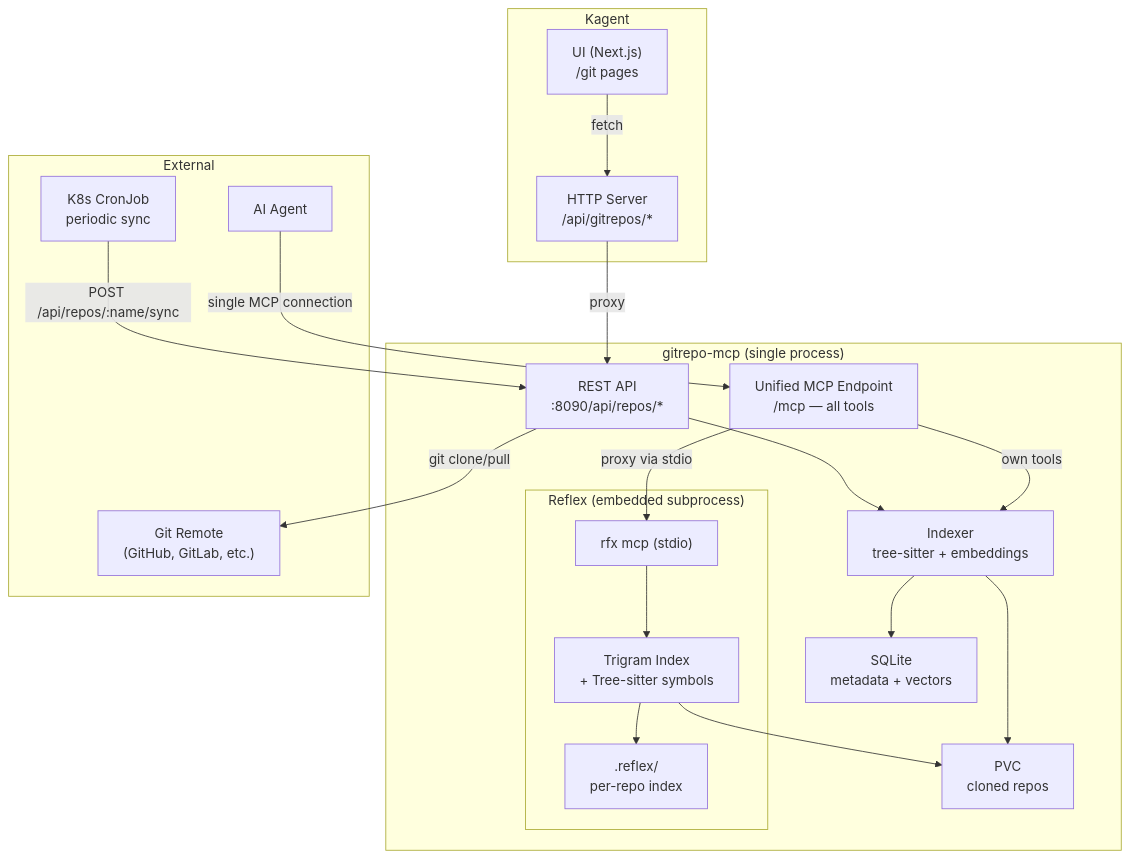
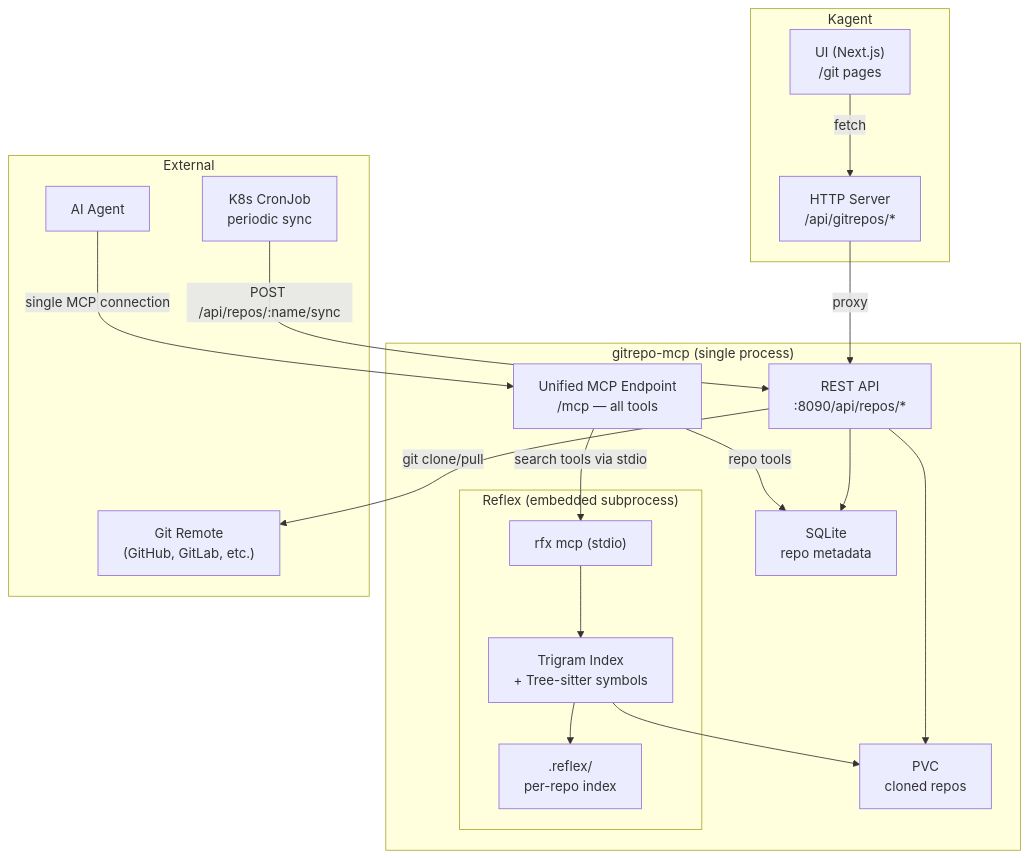
The diagram in specs/git-repos-api-ui/design.md (kagent-dev/kagent), drawn with Mermaid before and after one commit. The commit also changed other lines of this file and 17 other files, not shown here.

Commit message:
- Dynamic plugin routing - fixed kanban - temporal workflow ui - git repo search - rfx - fix cron jobs - dashboard

````diff
--- a/specs/git-repos-api-ui/design.md
+++ b/specs/git-repos-api-ui/design.md
@@ -47,41 +45,39 @@
 ```mermaid
 graph TB
     subgraph "Kagent"
         UI["UI (Next.js)<br/>/git pages"]
         API["HTTP Server<br/>/api/gitrepos/*"]
     end
 
     subgraph "gitrepo-mcp (single process)"
         REST["REST API<br/>:8090/api/repos/*"]
         MCP["Unified MCP Endpoint<br/>/mcp — all tools"]
-        IDX["Indexer<br/>tree-sitter + embeddings"]
-        DB["SQLite<br/>metadata + vectors"]
+        DB["SQLite<br/>repo metadata"]
         PVC["PVC<br/>cloned repos"]
 
         subgraph "Reflex (embedded subprocess)"
             RFXPROC["rfx mcp (stdio)"]
             RFXIDX["Trigram Index<br/>+ Tree-sitter symbols"]
             RFXDB[".reflex/<br/>per-repo index"]
         end
     end
 
     subgraph "External"
         GIT["Git Remote<br/>(GitHub, GitLab, etc.)"]
         CRON["K8s CronJob<br/>periodic sync"]
         AGENT["AI Agent"]
     end
 
     UI -->|fetch| API
     API -->|proxy| REST
     AGENT -->|single MCP connection| MCP
-    MCP -->|own tools| IDX
-    MCP -->|proxy via stdio| RFXPROC
+    MCP -->|repo tools| DB
+    MCP -->|search tools via stdio| RFXPROC
     RFXPROC --> RFXIDX
     RFXIDX --> RFXDB
     RFXIDX --> PVC
-    REST --> IDX
-    IDX --> DB
-    IDX --> PVC
+    REST --> DB
+    REST --> PVC
     CRON -->|POST /api/repos/:name/sync| REST
     REST -->|git clone/pull| GIT
 ```
````
